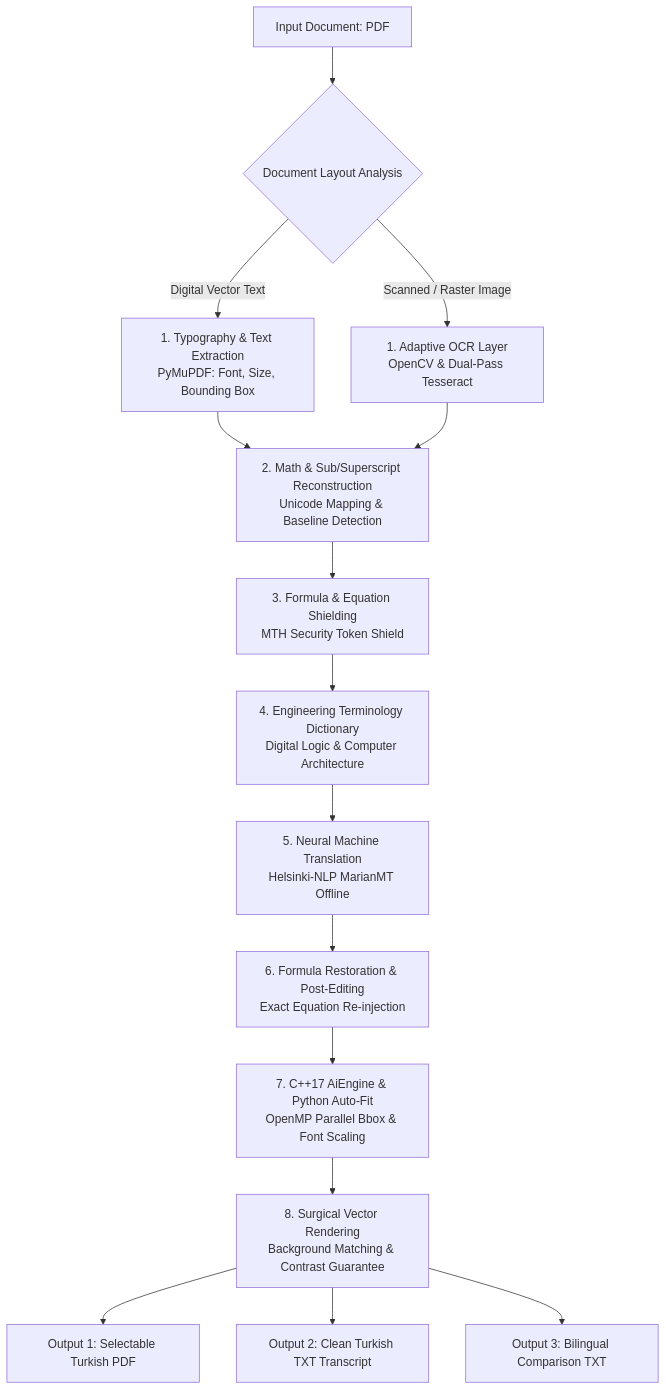
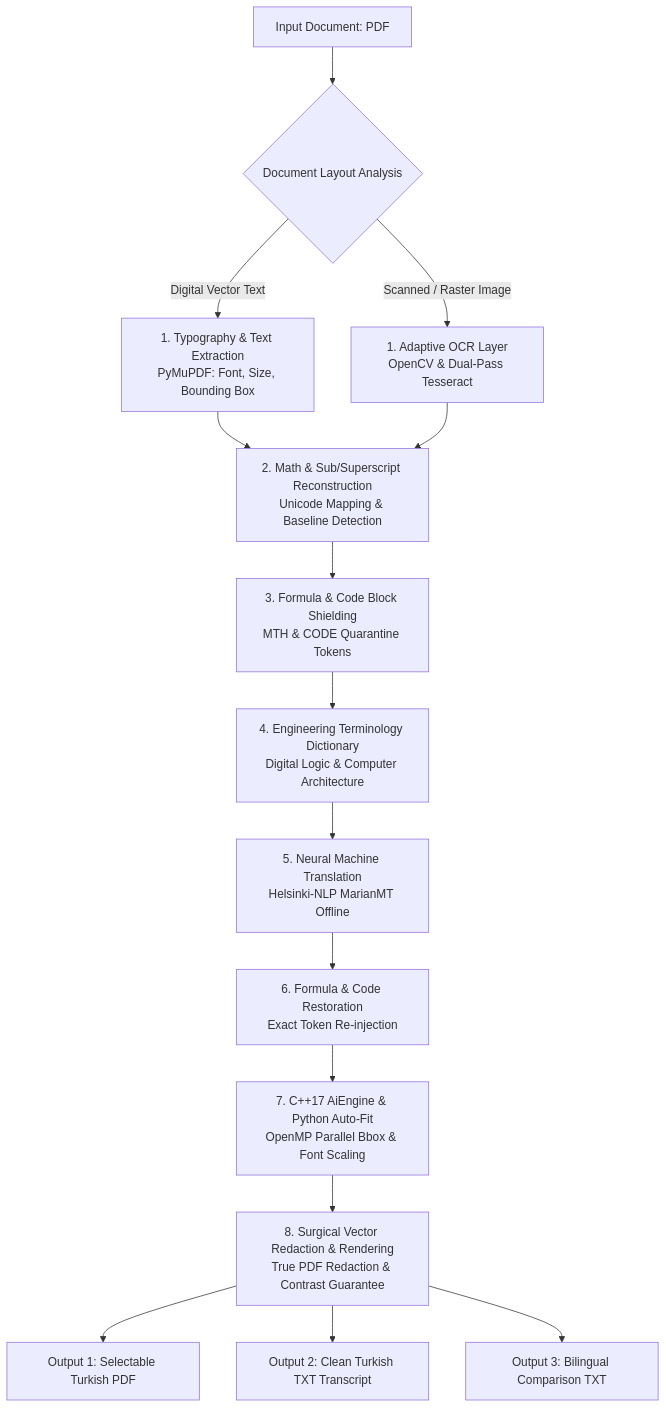
Before and after one commit to Tefezimli/PDF_AI_BOOK-TRANSLATER_ING-TO-TR: the diagram in README.md, drawn with Mermaid. The commit also changed other lines of this file and 4 other files, not shown here.

````diff
--- a/README.md
+++ b/README.md
@@ -117,22 +135,22 @@
 ```mermaid
 flowchart TD
     A[Input Document: PDF] --> B{Document Layout Analysis}
     
     B -->|Digital Vector Text| C[1. Typography & Text Extraction<br/>PyMuPDF: Font, Size, Bounding Box]
     B -->|Scanned / Raster Image| D[1. Adaptive OCR Layer<br/>OpenCV & Dual-Pass Tesseract]
     
     C --> E[2. Math & Sub/Superscript Reconstruction<br/>Unicode Mapping & Baseline Detection]
     D --> E
     
-    E --> F[3. Formula & Equation Shielding<br/>MTH Security Token Shield]
+    E --> F[3. Formula & Code Block Shielding<br/>MTH & CODE Quarantine Tokens]
     F --> G[4. Engineering Terminology Dictionary<br/>Digital Logic & Computer Architecture]
     G --> H[5. Neural Machine Translation<br/>Helsinki-NLP MarianMT Offline]
-    H --> I[6. Formula Restoration & Post-Editing<br/>Exact Equation Re-injection]
+    H --> I[6. Formula & Code Restoration<br/>Exact Token Re-injection]
     
     I --> J[7. C++17 AiEngine & Python Auto-Fit<br/>OpenMP Parallel Bbox & Font Scaling]
-    J --> K[8. Surgical Vector Rendering<br/>Background Matching & Contrast Guarantee]
+    J --> K[8. Surgical Vector Redaction & Rendering<br/>True PDF Redaction & Contrast Guarantee]
     
     K --> L[Output 1: Selectable Turkish PDF]
     K --> M[Output 2: Clean Turkish TXT Transcript]
     K --> N[Output 3: Bilingual Comparison TXT]
 ```
````
